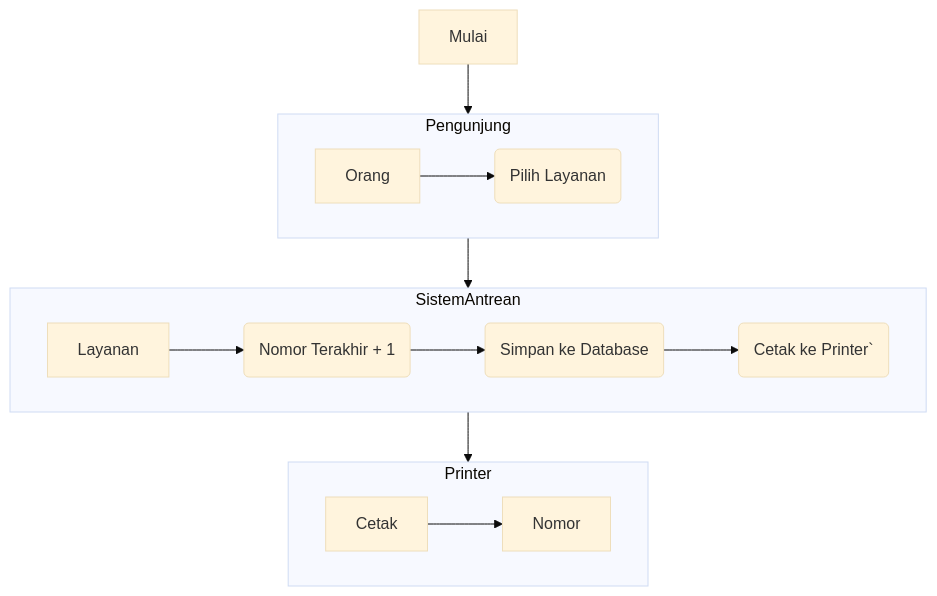
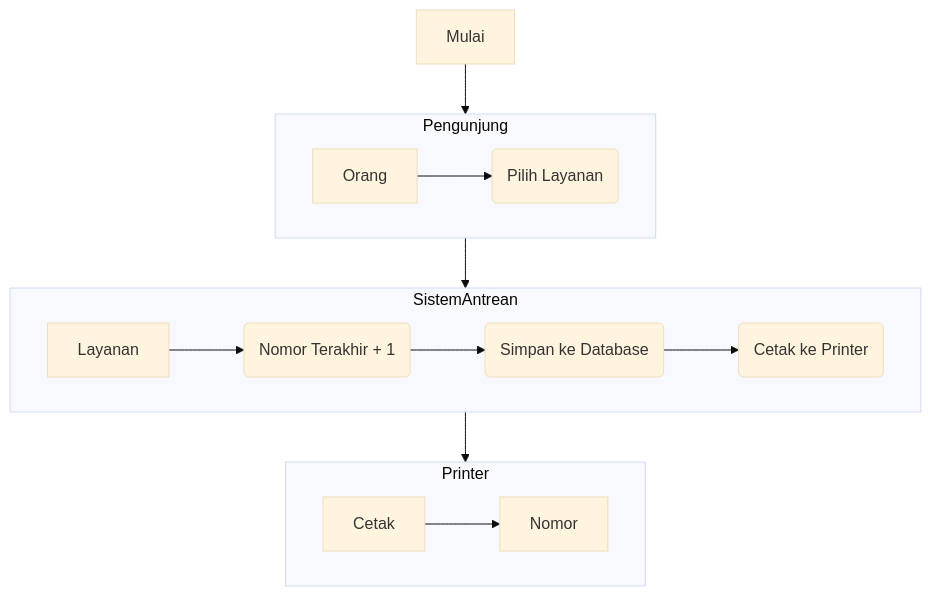
Before and after one commit to rezekikode/diagram: the diagram in flowchart_antrean.mmd, drawn with Mermaid (base theme).

```diff
--- a/flowchart_antrean.mmd
+++ b/flowchart_antrean.mmd
@@ -1,13 +1,13 @@
 flowchart TB
   Mulai-->Pengunjung
   Pengunjung-->SistemAntrean
   SistemAntrean-->Printer
   subgraph Pengunjung
-    Orang-->p1("`Pilih Layanan`")
+    Orang-->p1("Pilih Layanan")
   end  
   subgraph SistemAntrean
-    Layanan-->s1("`Nomor Terakhir + 1`")-->s2("`Simpan ke Database`")-->s3("Cetak ke Printer`")
+    Layanan-->s1("Nomor Terakhir + 1")-->s2("Simpan ke Database")-->s3("Cetak ke Printer")
   end
   subgraph Printer
     Cetak-->Nomor
   end
```
